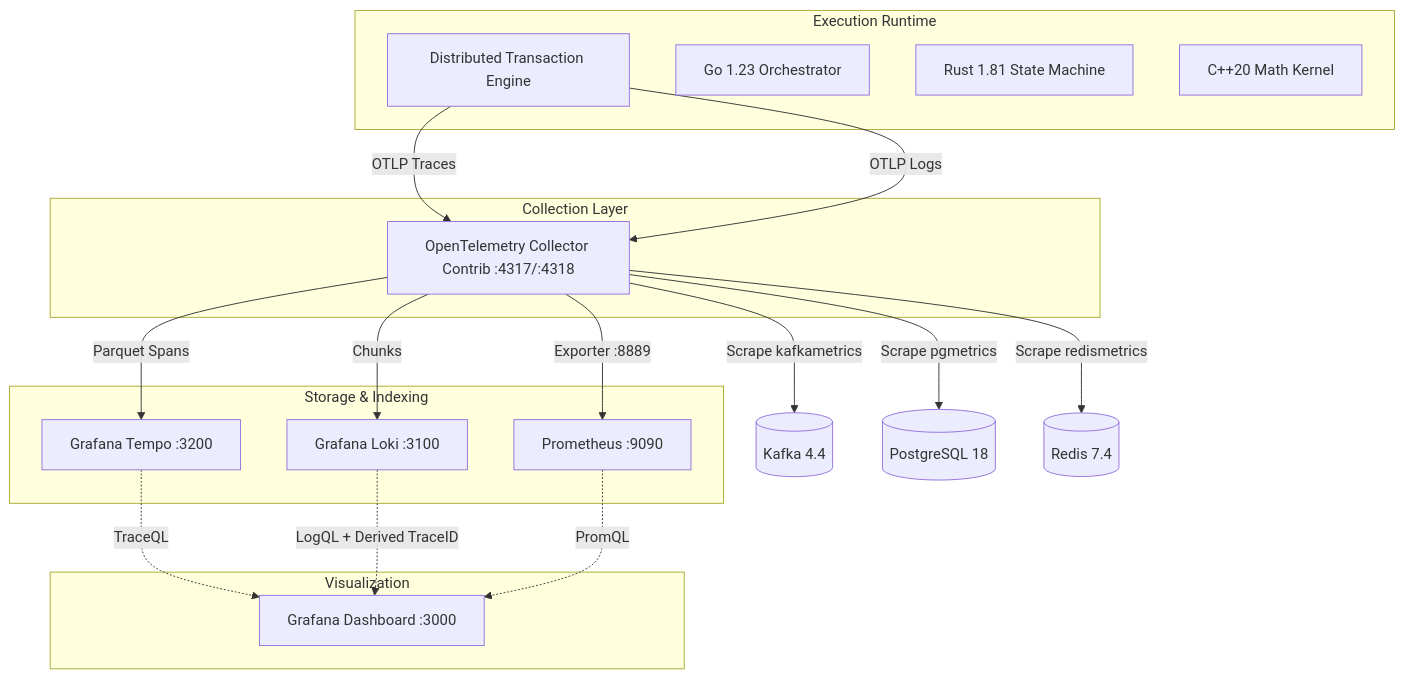
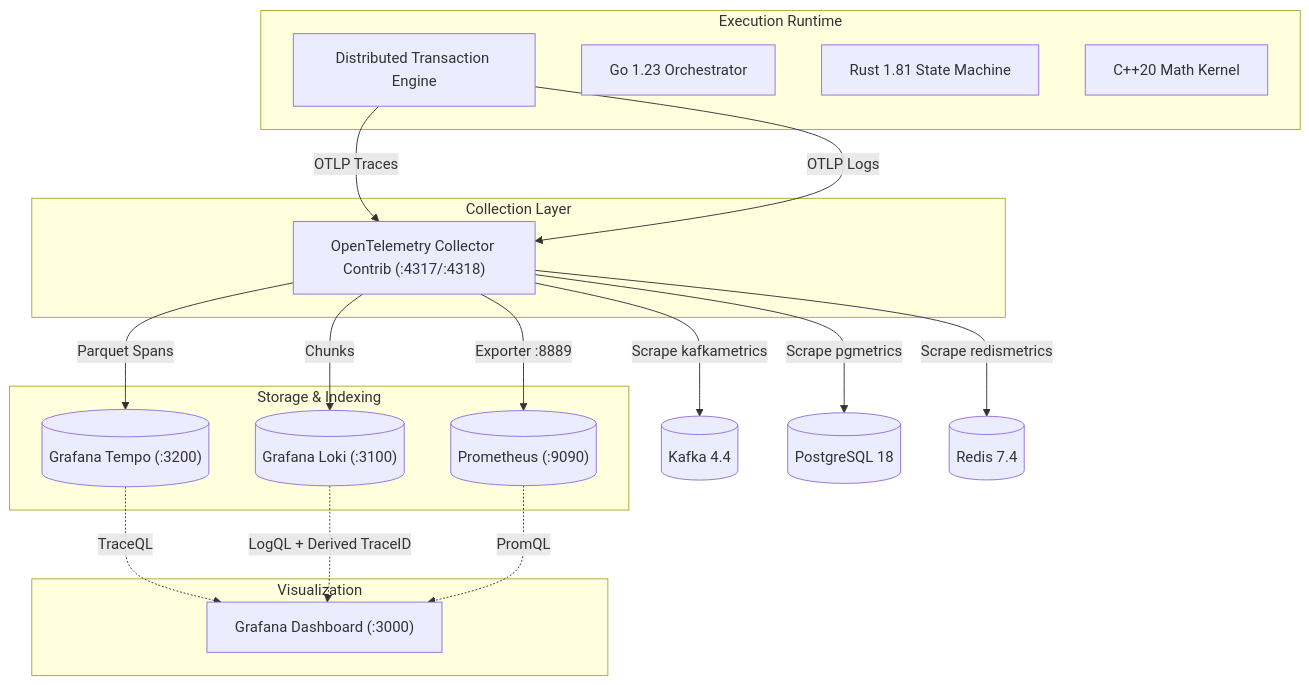
One commit to Chief-Strategist-J/distributed-transaction-engine changed the first of 2 diagrams in docs/features/distributed-tracing/diagrams.md. Above: the diagram before and after it, drawn with Mermaid. The commit also changed 3 other files, not shown here.

Commit message:
docs(tech-stack): add single-source TECH_STACK_MASTER.md and fix Mermaid diagram syntax

````diff
--- a/docs/features/distributed-tracing/diagrams.md
+++ b/docs/features/distributed-tracing/diagrams.md
@@ -5,37 +5,37 @@
 ```mermaid
 graph TD
     subgraph Execution Runtime
-        App[Distributed Transaction Engine]
-        GoOrch[Go 1.23 Orchestrator]
-        RustState[Rust 1.81 State Machine]
-        CppMath[C++20 Math Kernel]
+        App["Distributed Transaction Engine"]
+        GoOrch["Go 1.23 Orchestrator"]
+        RustState["Rust 1.81 State Machine"]
+        CppMath["C++20 Math Kernel"]
     end
 
     subgraph Collection Layer
-        OTelCol[OpenTelemetry Collector Contrib :4317/:4318]
+        OTelCol["OpenTelemetry Collector Contrib (:4317/:4318)"]
     end
 
     subgraph Storage & Indexing
-        Tempo[Grafana Tempo :3200]
-        Loki[Grafana Loki :3100]
-        Prom[Prometheus :9090]
+        Tempo[("Grafana Tempo (:3200)")]
+        Loki[("Grafana Loki (:3100)")]
+        Prom[("Prometheus (:9090)")]
     end
 
     subgraph Visualization
-        Grafana[Grafana Dashboard :3000]
+        Grafana["Grafana Dashboard (:3000)"]
     end
 
     App -->|OTLP Traces| OTelCol
     App -->|OTLP Logs| OTelCol
-    OTelCol -->|Scrape kafkametrics| Kafka[(Kafka 4.4)]
-    OTelCol -->|Scrape pgmetrics| PG[(PostgreSQL 18)]
-    OTelCol -->|Scrape redismetrics| Redis[(Redis 7.4)]
+    OTelCol -->|Scrape kafkametrics| Kafka[("Kafka 4.4")]
+    OTelCol -->|Scrape pgmetrics| PG[("PostgreSQL 18")]
+    OTelCol -->|Scrape redismetrics| Redis[("Redis 7.4")]
     
     OTelCol -->|Parquet Spans| Tempo
     OTelCol -->|Chunks| Loki
     OTelCol -->|Exporter :8889| Prom
     
     Tempo -.->|TraceQL| Grafana
     Loki -.->|LogQL + Derived TraceID| Grafana
     Prom -.->|PromQL| Grafana
 ```
````
